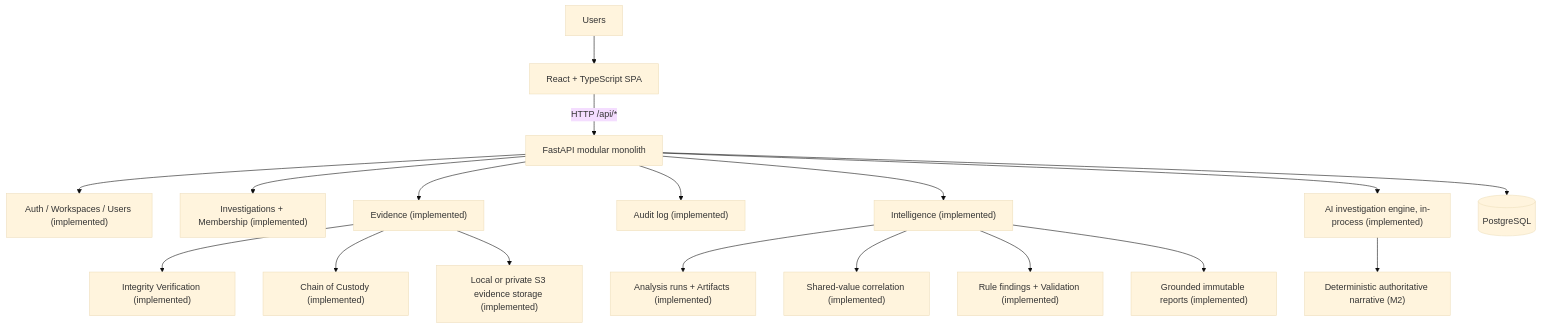
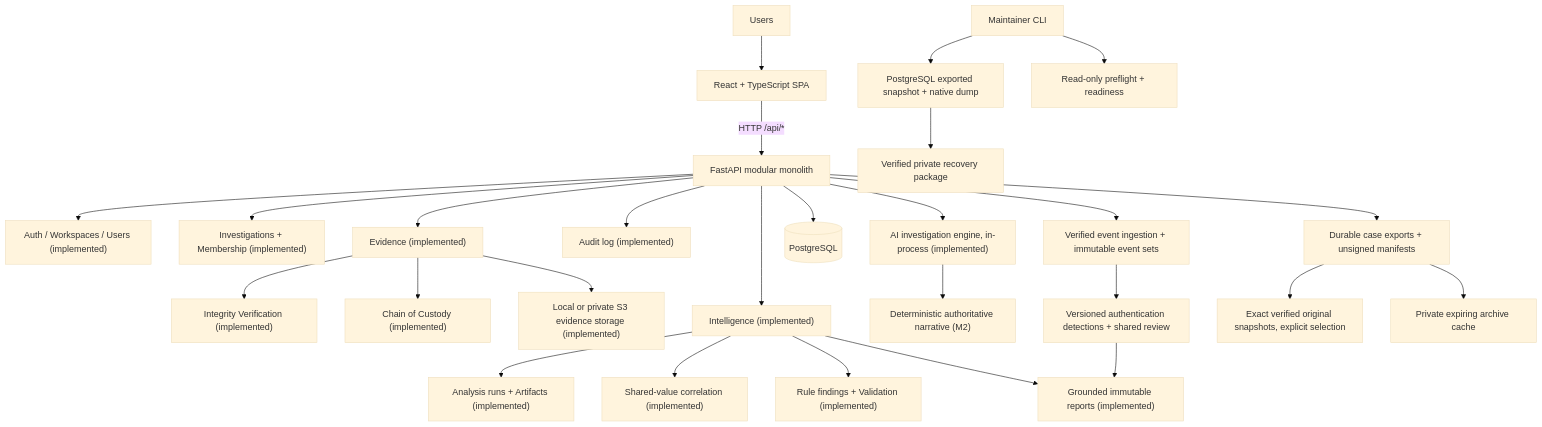
Before and after one commit to shikhar-sahay/provena: the second of 5 diagrams in docs/architecture.md, drawn with Mermaid (base theme). The commit also changed other lines of this file and 26 other files, not shown here.

````diff
--- a/docs/architecture.md
+++ b/docs/architecture.md
@@ -60,20 +60,29 @@
 ```mermaid
 flowchart TB
     Users --> SPA["React + TypeScript SPA"]
     SPA -->|"HTTP /api/*"| API["FastAPI modular monolith"]
     API --> Auth["Auth / Workspaces / Users (implemented)"]
     API --> Inv["Investigations + Membership (implemented)"]
     API --> Ev["Evidence (implemented)"]
     Ev --> Integ["Integrity Verification (implemented)"]
     Ev --> Cust["Chain of Custody (implemented)"]
     Ev --> Store["Local or private S3 evidence storage (implemented)"]
     API --> Audit["Audit log (implemented)"]
     API --> Intel["Intelligence (implemented)"]
     Intel --> Runs["Analysis runs + Artifacts (implemented)"]
     Intel --> Corr["Shared-value correlation (implemented)"]
     Intel --> Find["Rule findings + Validation (implemented)"]
     Intel --> Rep["Grounded immutable reports (implemented)"]
     API --> AI["AI investigation engine, in-process (implemented)"]
     AI --> Fall["Deterministic authoritative narrative (M2)"]
     API --> PG[("PostgreSQL")]
+    API --> Events["Verified event ingestion + immutable event sets"]
+    Events --> Detections["Versioned authentication detections + shared review"]
+    Detections --> Rep
+    API --> Exports["Durable case exports + unsigned manifests"]
+    Exports --> Snapshots["Exact verified original snapshots, explicit selection"]
+    Exports --> Cache["Private expiring archive cache"]
+    Ops["Maintainer CLI"] --> Backup["PostgreSQL exported snapshot + native dump"]
+    Backup --> Portable["Verified private recovery package"]
+    Ops --> Preflight["Read-only preflight + readiness"]
 ```
````
